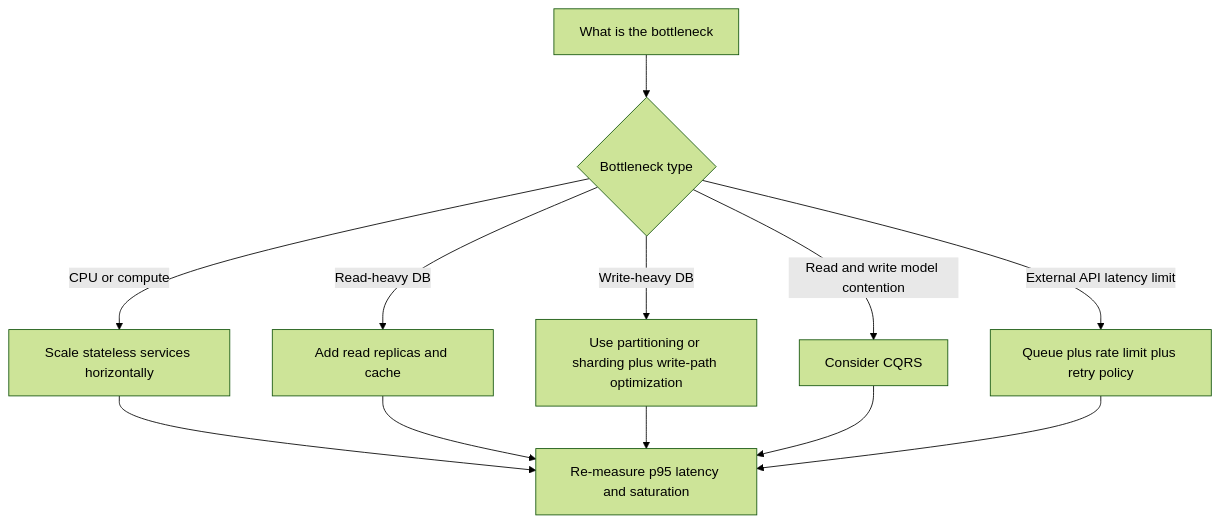
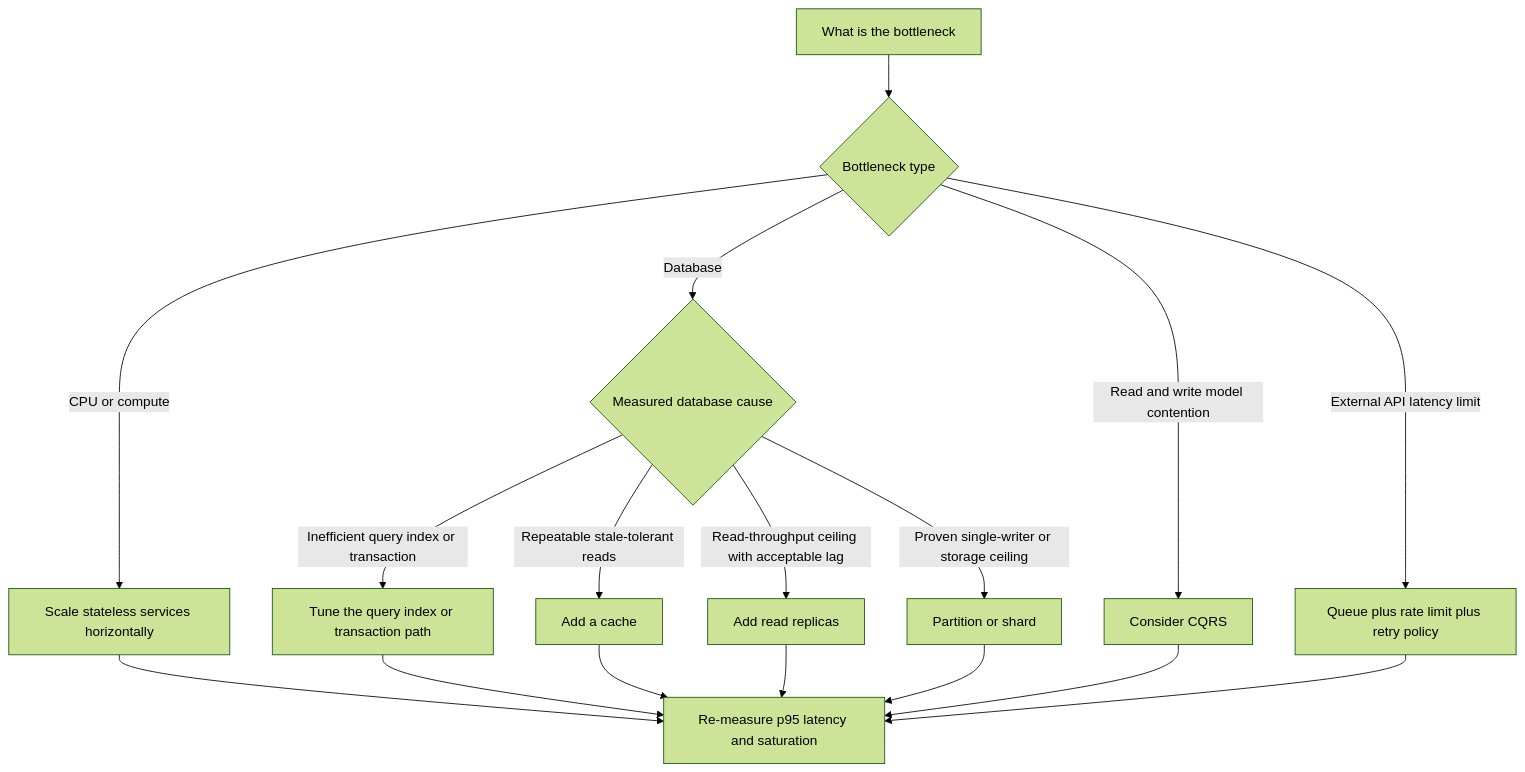
One commit to grafanaKibana/devbook.zip changed the diagram in Vault/Home/Software Architecture/Distributed Systems/Scalability Patterns/Scalability Patterns.md. Above: the diagram before and after it, drawn with Mermaid (forest theme). The commit also changed other lines of this file and 81 other files, not shown here.

Commit message:
notes: Polished Software Architecture

````diff
--- a/Vault/Home/Software Architecture/Distributed Systems/Scalability Patterns/Scalability Patterns.md
+++ b/Vault/Home/Software Architecture/Distributed Systems/Scalability Patterns/Scalability Patterns.md
@@ -71,14 +64,19 @@
 ```mermaid
 flowchart TD
     A[What is the bottleneck] --> B{Bottleneck type}
     B -->|CPU or compute| C[Scale stateless services horizontally]
-    B -->|Read-heavy DB| D[Add read replicas and cache]
-    B -->|Write-heavy DB| E[Use partitioning or sharding plus write-path optimization]
+    B -->|Database| D{Measured database cause}
+    D -->|Inefficient query index or transaction| I[Tune the query index or transaction path]
+    D -->|Repeatable stale-tolerant reads| J[Add a cache]
+    D -->|Read-throughput ceiling with acceptable lag| K[Add read replicas]
+    D -->|Proven single-writer or storage ceiling| E[Partition or shard]
     B -->|Read and write model contention| H[Consider CQRS]
     B -->|External API latency limit| F[Queue plus rate limit plus retry policy]
     C --> G[Re-measure p95 latency and saturation]
-    D --> G
+    I --> G
+    J --> G
+    K --> G
     E --> G
     H --> G
     F --> G
 ```
````
